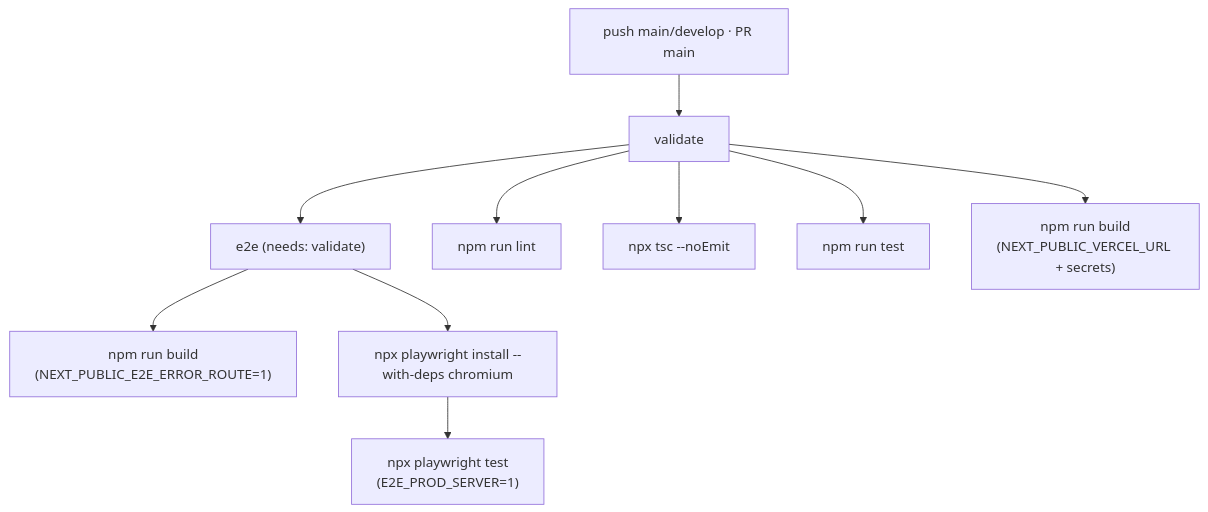
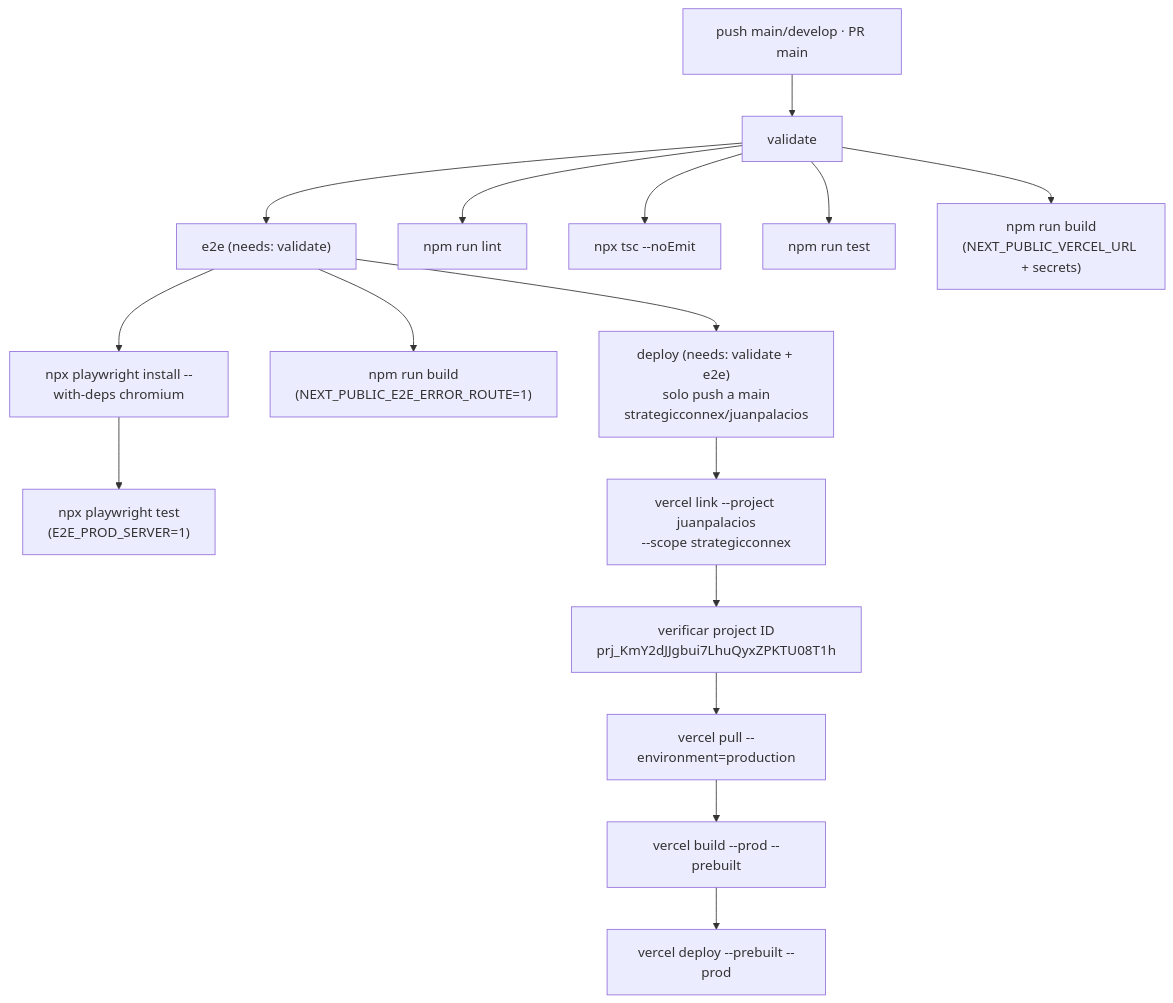
Before and after one commit to StrategicConnex/Portfolio-app: the fourth of 4 diagrams in README.md, drawn with Mermaid. The commit also changed other lines of this file and 2 other files, not shown here.

First line of the commit message:
ci: deploy automático a Vercel en cada push a main

````diff
--- a/README.md
+++ b/README.md
@@ -427,23 +447,35 @@
 ```mermaid
 flowchart TD
     Trigger["push main/develop · PR main"]
     Validate["validate"]
     E2E["e2e (needs: validate)"]
+    Deploy["deploy (needs: validate + e2e)<br/>solo push a main<br/>strategicconnex/juanpalacios"]
     Lint["npm run lint"]
     TC["npx tsc --noEmit"]
     Test["npm run test"]
     Build["npm run build<br/>(NEXT_PUBLIC_VERCEL_URL + secrets)"]
     EBuild["npm run build<br/>(NEXT_PUBLIC_E2E_ERROR_ROUTE=1)"]
     Install["npx playwright install --with-deps chromium"]
     PW["npx playwright test<br/>(E2E_PROD_SERVER=1)"]
+    VLink["vercel link --project juanpalacios<br/>--scope strategicconnex"]
+    VCheck["verificar project ID<br/>prj_KmY2dJJgbui7LhuQyxZPKTU08T1h"]
+    VPull["vercel pull --environment=production"]
+    VBuild["vercel build --prod --prebuilt"]
+    VDeploy["vercel deploy --prebuilt --prod"]
 
     Trigger --> Validate
     Validate --> Lint
     Validate --> TC
     Validate --> Test
     Validate --> Build
     Validate --> E2E
     E2E --> EBuild
     E2E --> Install
     Install --> PW
+    E2E --> Deploy
+    Deploy --> VLink
+    VLink --> VCheck
+    VCheck --> VPull
+    VPull --> VBuild
+    VBuild --> VDeploy
 ```
````
